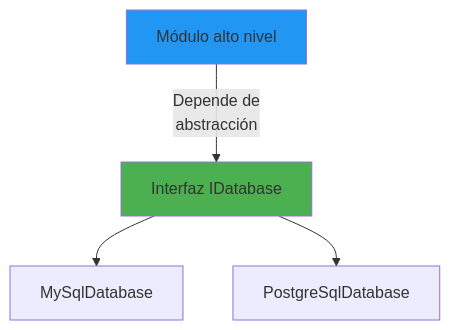
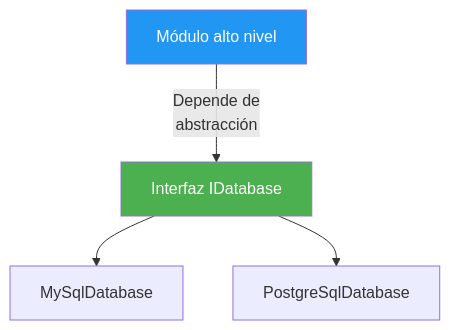
Diagram 12 of 17 in csharp_inicial/05-PatronesArquitecturas.md (joseluisgs/DesarrolloWebEntornosServidor-01-2026-2027), drawn with Mermaid before and after one commit. The commit also changed other lines of this file and 66 other files, not shown here.

First line of the commit message:
fix: normalizar titulos al castellano de frase y corregir la paleta de mermaid

````diff
--- a/csharp_inicial/05-PatronesArquitecturas.md
+++ b/csharp_inicial/05-PatronesArquitecturas.md
@@ -567,9 +567,9 @@
 ```mermaid
 graph TD
     A["Módulo alto nivel"] -->|"Depende de<br/>abstracción"| B["Interfaz IDatabase"]
     B --> C["MySqlDatabase"]
     B --> D["PostgreSqlDatabase"]
     
-    style A fill:#2196F3
-    style B fill:#4CAF50
+    style A fill:#2196F3,color:#fff
+    style B fill:#4CAF50,color:#fff
 ```
````
